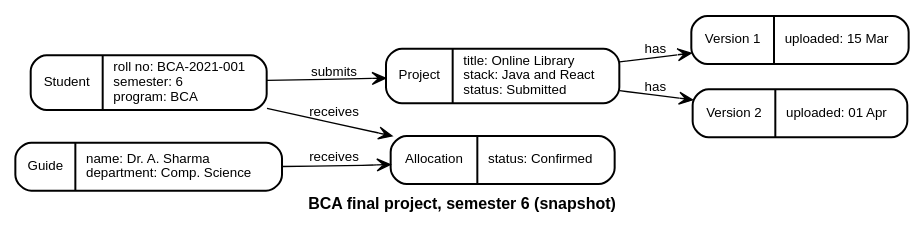
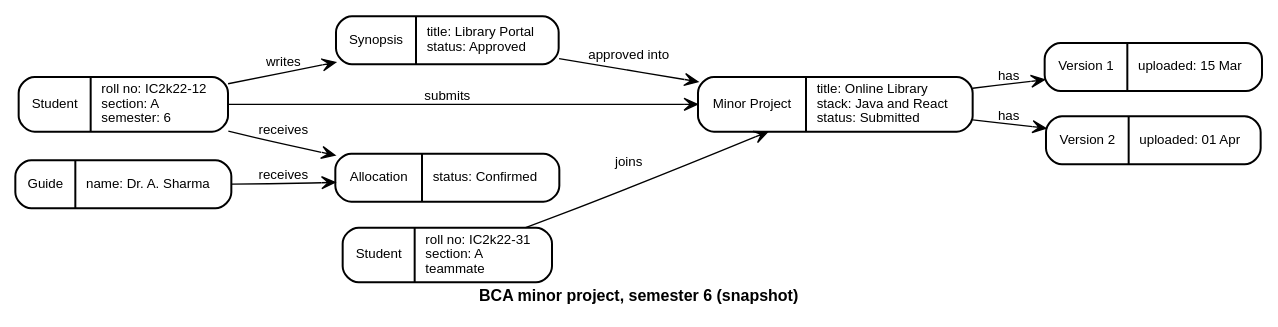
Before and after one commit to akshita777/iips-ug-pg-project-repository-system: the diagram in docs/diagrams/08-object-sem6.dot, drawn with Graphviz. The commit also changed 17 other files, not shown here.

First line of the commit message:
Diagrams updated to the agreed domain model

```diff
--- a/docs/diagrams/08-object-sem6.dot
+++ b/docs/diagrams/08-object-sem6.dot
@@ -1,25 +1,30 @@
 digraph object_sem6 {
   rankdir=LR;
   bgcolor="white";
   fontname="Helvetica";
-  label="BCA final project, semester 6 (snapshot)";
+  label="BCA minor project, semester 6 (snapshot)";
   fontname="Helvetica-Bold";
   fontsize=12;
 
   node [fontname="Helvetica", fontsize=10, shape=record, style="rounded,filled",
         fillcolor="white", color="black", penwidth=1.5];
   edge [fontname="Helvetica", fontsize=10, color="black", arrowhead="vee"];
 
-  s1 [label="{Student|roll no: BCA-2021-001\l semester: 6\l program: BCA\l}"];
-  p1 [label="{Project|title: Online Library\l stack: Java and React\l status: Submitted\l}"];
+  s1 [label="{Student|roll no: IC2k22-12\l section: A\l semester: 6\l}"];
+  mate [label="{Student|roll no: IC2k22-31\l section: A\l teammate\l}"];
+  syn [label="{Synopsis|title: Library Portal\l status: Approved\l}"];
+  p1 [label="{Minor Project|title: Online Library\l stack: Java and React\l status: Submitted\l}"];
   v1 [label="{Version 1|uploaded: 15 Mar\l}"];
   v2 [label="{Version 2|uploaded: 01 Apr\l}"];
-  g1 [label="{Guide|name: Dr. A. Sharma\l department: Comp. Science\l}"];
+  g1 [label="{Guide|name: Dr. A. Sharma\l}"];
   a1 [label="{Allocation|status: Confirmed\l}"];
 
+  s1 -> syn [label="writes"];
+  syn -> p1 [label="approved into"];
+  mate -> p1 [label="joins"];
   s1 -> p1 [label="submits"];
   p1 -> v1 [label="has"];
   p1 -> v2 [label="has"];
   s1 -> a1 [label="receives"];
   g1 -> a1 [label="receives"];
 }
```
